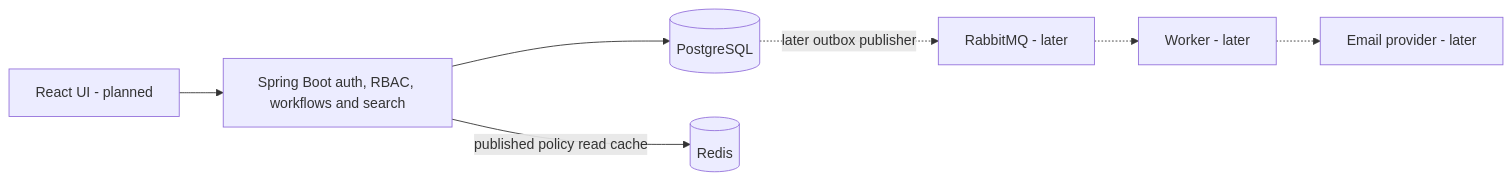
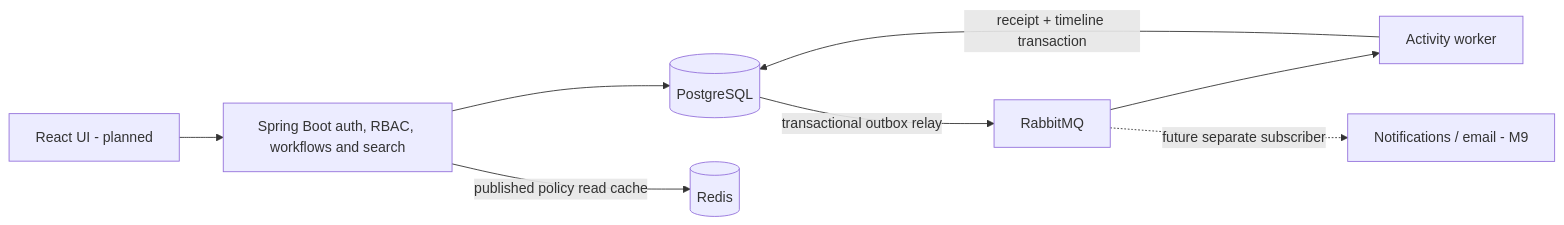
One commit to sagarbagwe/gateflow changed the diagram in README.md. Above: the diagram before and after it, drawn with Mermaid. The commit also changed other lines of this file and 38 other files, not shown here.

Commit message:
feat: add transactional outbox and asynchronous request activity

````diff
--- a/README.md
+++ b/README.md
@@ -46,9 +48,10 @@
 ```mermaid
 flowchart LR
     Browser[React UI - planned] --> API[Spring Boot auth, RBAC, workflows and search]
     API --> DB[(PostgreSQL)]
     API -- published policy read cache --> Redis[(Redis)]
-    DB -. later outbox publisher .-> Queue[RabbitMQ - later]
-    Queue -.-> Worker[Worker - later]
-    Worker -.-> Mail[Email provider - later]
+    DB -- transactional outbox relay --> Queue[RabbitMQ]
+    Queue --> Worker[Activity worker]
+    Worker -- receipt + timeline transaction --> DB
+    Queue -. future separate subscriber .-> Mail[Notifications / email - M9]
 ```
````
